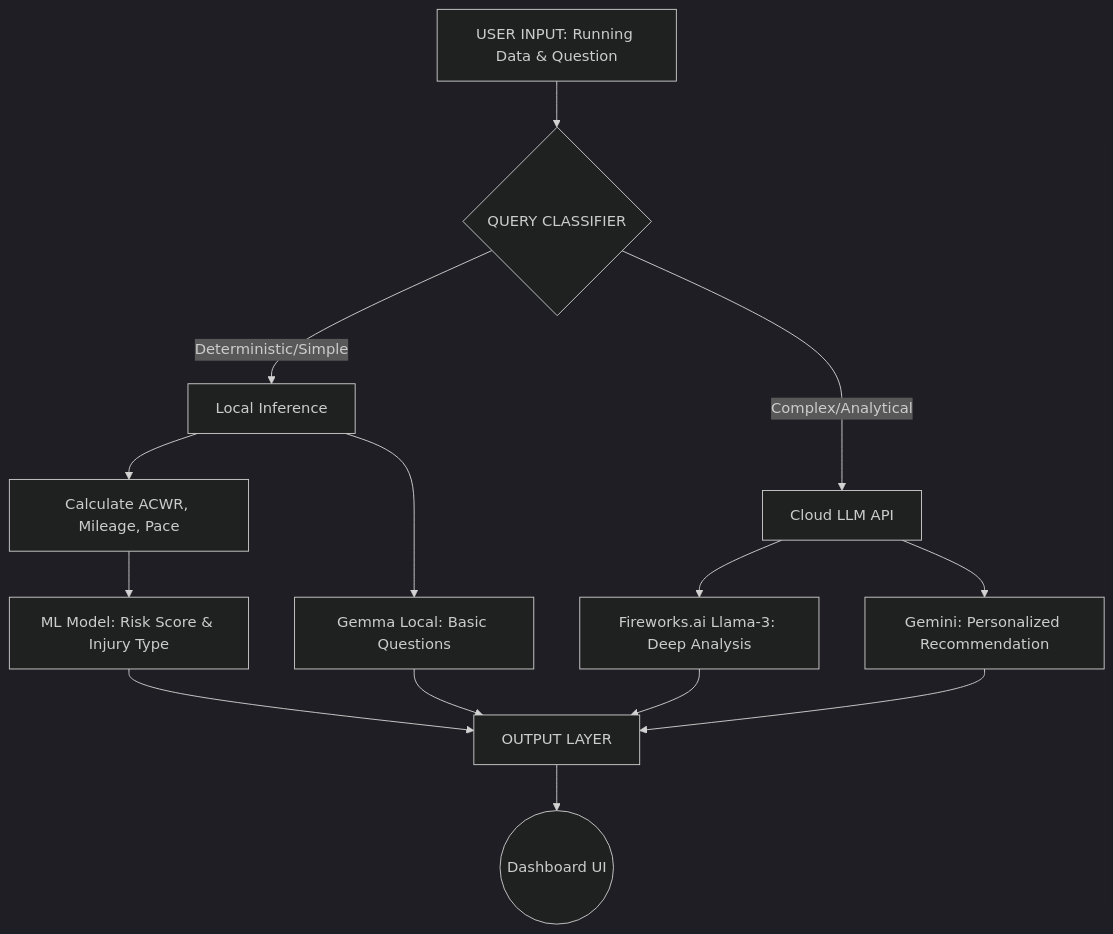
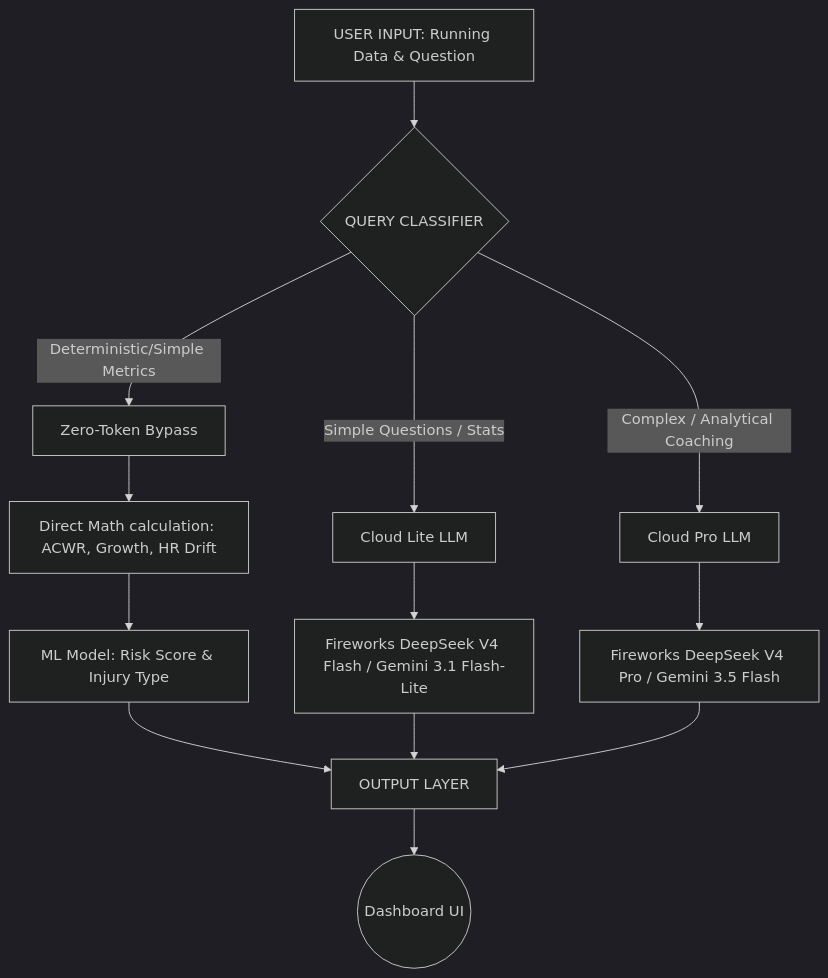
The diagram in paceguardai.MD (satrianugrohoputra/runner-guards), drawn with Mermaid (dark theme) before and after one commit. The commit also changed other lines of this file and 1 other file, not shown here.

Commit message:
docs: update project documentation and overview in README and paceguardai files

````diff
--- a/paceguardai.MD
+++ b/paceguardai.MD
@@ -16,21 +16,19 @@
 ```mermaid
 graph TD
     A[USER INPUT: Running Data & Question] --> B{QUERY CLASSIFIER}
-    B -->|Deterministic/Simple| C[Local Inference]
-    B -->|Complex/Analytical| D[Cloud LLM API]
+    B -->|Deterministic/Simple Metrics| C[Zero-Token Bypass]
+    B -->|Simple Questions / Stats| D[Cloud Lite LLM]
+    B -->|Complex / Analytical Coaching| E[Cloud Pro LLM]
     
-    C --> E[Calculate ACWR, Mileage, Pace]
-    C --> F[Gemma Local: Basic Questions]
+    C --> F[Direct Math calculation: ACWR, Growth, HR Drift]
+    D --> G[Fireworks DeepSeek V4 Flash / Gemini 3.1 Flash-Lite]
+    E --> H[Fireworks DeepSeek V4 Pro / Gemini 3.5 Flash]
     
-    D --> G[Fireworks.ai Llama-3: Deep Analysis]
-    D --> H[Gemini: Personalized Recommendation]
-    
-    E --> I[ML Model: Risk Score & Injury Type]
+    F --> I[ML Model: Risk Score & Injury Type]
     
     I --> J[OUTPUT LAYER]
-    F --> J
     G --> J
     H --> J
     
     J --> K((Dashboard UI))
 ```
````
